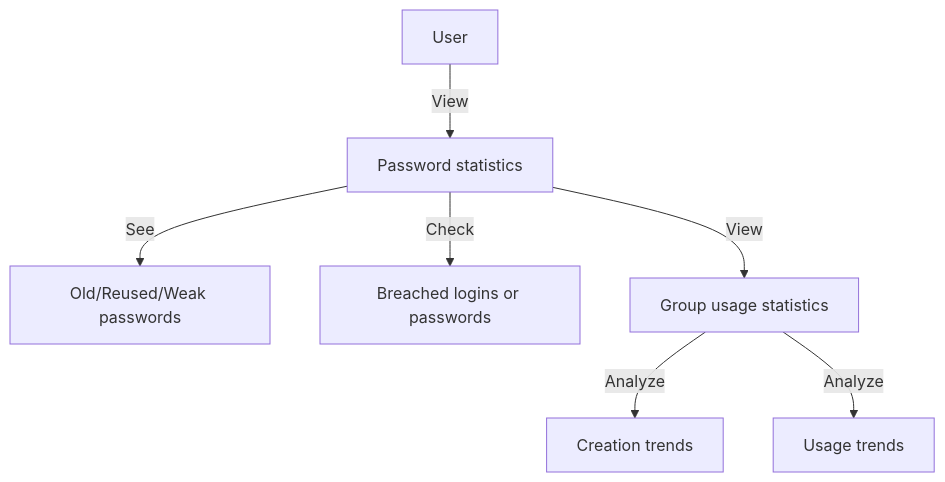
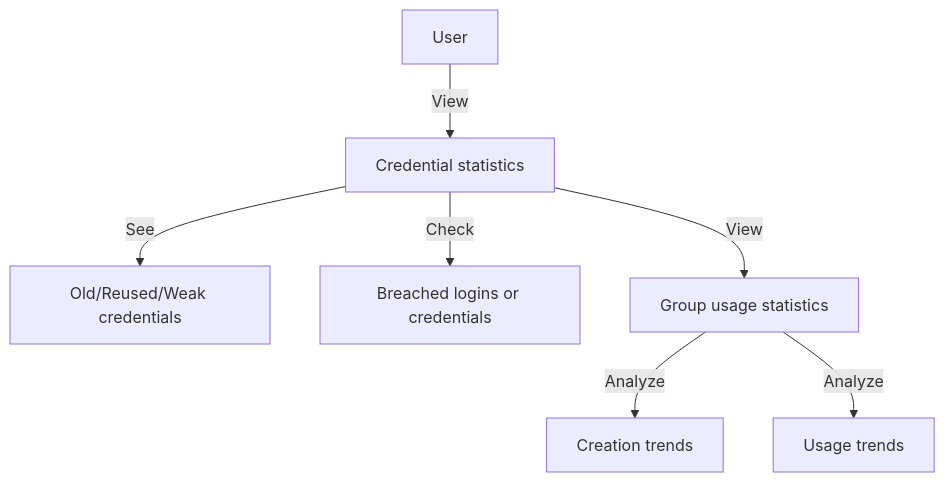
One commit to DO-2K23-26/polypass-archi-technique changed the sixth of 6 diagrams in documentation.adoc. Above: the diagram before and after it, drawn with Mermaid. The commit also changed other lines of this file and 1 other file, not shown here.

Commit message:
feat(use-case): Refactor documented use-cases and complete use-case diagram

```diff
--- a/documentation.adoc
+++ b/documentation.adoc
@@ -130,10 +130,10 @@
 [mermaid, format="svg"]
 ----
 flowchart TD
-    User["User"] --> |View| A["Password statistics"]
-    A --> |See| B["Old/Reused/Weak passwords"]
-    A --> |Check| C["Breached logins or passwords"]
+    User["User"] --> |View| A["Credential statistics"]
+    A --> |See| B["Old/Reused/Weak credentials"]
+    A --> |Check| C["Breached logins or credentials"]
     A --> |View| D["Group usage statistics"]
     D --> |Analyze| E["Creation trends"]
     D --> |Analyze| F["Usage trends"]
 ----
```
